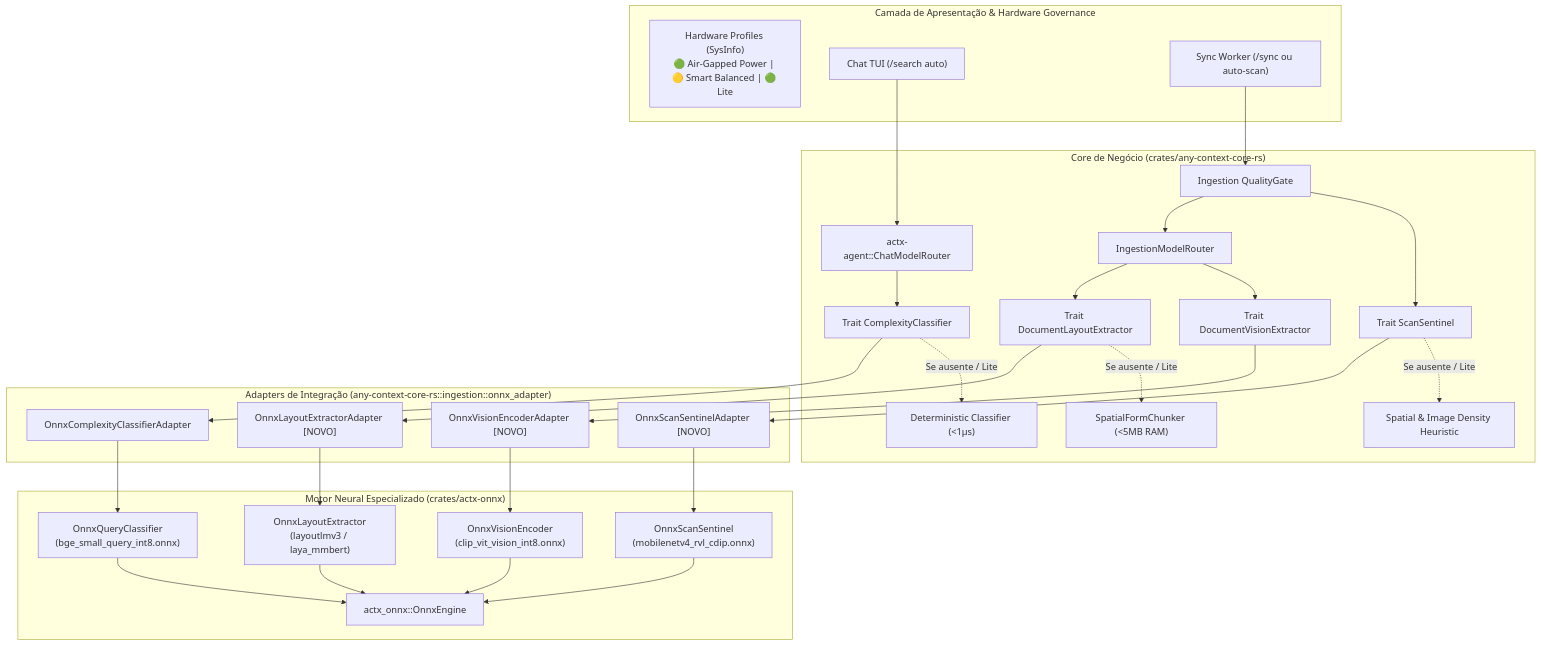
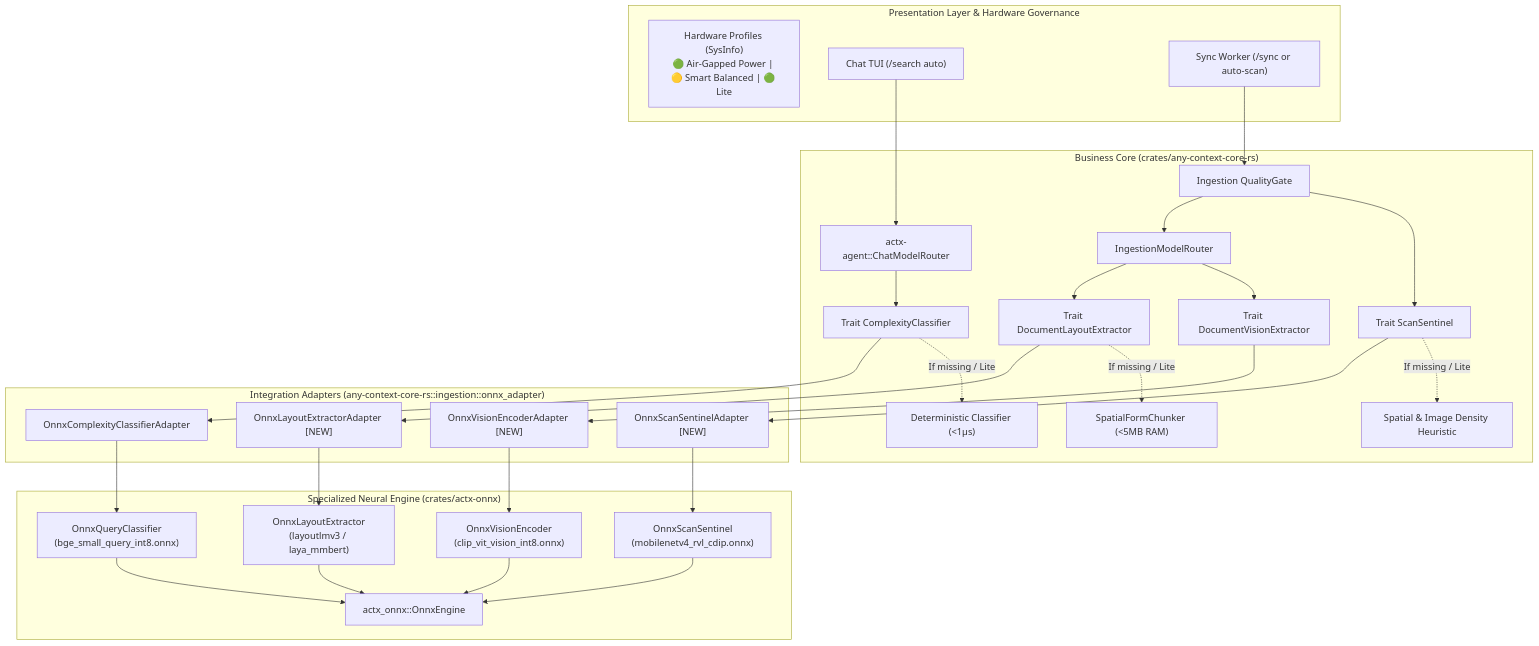
Before and after one commit to Levix-Digital/any-context: the diagram in docs/plans/anycontext_anycontext_v0380_ativacao_dos_modelos_onnx_nos_fluxos_de_producao_consolidacao_da_fase_3.md, drawn with Mermaid. The commit also changed other lines of this file, not shown here.

First line of the commit message:
docs(plans): translate the first v0.38.0 ONNX activation plan to English

````diff
--- a/docs/plans/anycontext_anycontext_v0380_ativacao_dos_modelos_onnx_nos_fluxos_de_producao_consolidacao_da_fase_3.md
+++ b/docs/plans/anycontext_anycontext_v0380_ativacao_dos_modelos_onnx_nos_fluxos_de_producao_consolidacao_da_fase_3.md
@@ -85,66 +85,66 @@
 ```mermaid
 graph TD
-    subgraph "Camada de Apresentação & Hardware Governance"
+    subgraph "Presentation Layer & Hardware Governance"
         PROFILES["Hardware Profiles (SysInfo)<br/>🟢 Air-Gapped Power | 🟡 Smart Balanced | 🟢 Lite"]
         CLI_CHAT["Chat TUI (/search auto)"]
-        SYNC_CMD["Sync Worker (/sync ou auto-scan)"]
+        SYNC_CMD["Sync Worker (/sync or auto-scan)"]
     end
 
-    subgraph "Core de Negócio (crates/any-context-core-rs)"
+    subgraph "Business Core (crates/any-context-core-rs)"
         CHAT_ROUTER["actx-agent::ChatModelRouter"]
         QUALITY_GATE["Ingestion QualityGate"]
         INGESTION_ROUTER["IngestionModelRouter"]
         
         TRAIT_COMPLEXITY["Trait ComplexityClassifier"]
         TRAIT_SENTINEL["Trait ScanSentinel"]
         TRAIT_LAYOUT["Trait DocumentLayoutExtractor"]
         TRAIT_VISION["Trait DocumentVisionExtractor"]
         
         FALLBACK_DET["Deterministic Classifier (<1µs)"]
         FALLBACK_HEURISTIC["Spatial & Image Density Heuristic"]
         FALLBACK_SPATIAL["SpatialFormChunker (<5MB RAM)"]
     end
 
-    subgraph "Adapters de Integração (any-context-core-rs::ingestion::onnx_adapter)"
+    subgraph "Integration Adapters (any-context-core-rs::ingestion::onnx_adapter)"
         ADAPTER_COMPLEXITY["OnnxComplexityClassifierAdapter"]
-        ADAPTER_SENTINEL["OnnxScanSentinelAdapter [NOVO]"]
-        ADAPTER_LAYOUT["OnnxLayoutExtractorAdapter [NOVO]"]
-        ADAPTER_VISION["OnnxVisionEncoderAdapter [NOVO]"]
+        ADAPTER_SENTINEL["OnnxScanSentinelAdapter [NEW]"]
+        ADAPTER_LAYOUT["OnnxLayoutExtractorAdapter [NEW]"]
+        ADAPTER_VISION["OnnxVisionEncoderAdapter [NEW]"]
     end
 
-    subgraph "Motor Neural Especializado (crates/actx-onnx)"
+    subgraph "Specialized Neural Engine (crates/actx-onnx)"
         ONNX_ENGINE["actx_onnx::OnnxEngine"]
         BGE_CLASSIFIER["OnnxQueryClassifier<br/>(bge_small_query_int8.onnx)"]
         MOBILE_SENTINEL["OnnxScanSentinel<br/>(mobilenetv4_rvl_cdip.onnx)"]
         LAYOUT_EXTRACTOR["OnnxLayoutExtractor<br/>(layoutlmv3 / laya_mmbert)"]
         VISION_ENCODER["OnnxVisionEncoder<br/>(clip_vit_vision_int8.onnx)"]
     end
 
     CLI_CHAT --> CHAT_ROUTER
     SYNC_CMD --> QUALITY_GATE
     QUALITY_GATE --> INGESTION_ROUTER
 
     CHAT_ROUTER --> TRAIT_COMPLEXITY
     QUALITY_GATE --> TRAIT_SENTINEL
     INGESTION_ROUTER --> TRAIT_LAYOUT
     INGESTION_ROUTER --> TRAIT_VISION
 
     TRAIT_COMPLEXITY --> ADAPTER_COMPLEXITY
     TRAIT_SENTINEL --> ADAPTER_SENTINEL
     TRAIT_LAYOUT --> ADAPTER_LAYOUT
     TRAIT_VISION --> ADAPTER_VISION
 
-    TRAIT_COMPLEXITY -.->|Se ausente / Lite| FALLBACK_DET
-    TRAIT_SENTINEL -.->|Se ausente / Lite| FALLBACK_HEURISTIC
-    TRAIT_LAYOUT -.->|Se ausente / Lite| FALLBACK_SPATIAL
+    TRAIT_COMPLEXITY -.->|If missing / Lite| FALLBACK_DET
+    TRAIT_SENTINEL -.->|If missing / Lite| FALLBACK_HEURISTIC
+    TRAIT_LAYOUT -.->|If missing / Lite| FALLBACK_SPATIAL
 
     ADAPTER_COMPLEXITY --> BGE_CLASSIFIER
     ADAPTER_SENTINEL --> MOBILE_SENTINEL
     ADAPTER_LAYOUT --> LAYOUT_EXTRACTOR
     ADAPTER_VISION --> VISION_ENCODER
 
     BGE_CLASSIFIER --> ONNX_ENGINE
     MOBILE_SENTINEL --> ONNX_ENGINE
     LAYOUT_EXTRACTOR --> ONNX_ENGINE
     VISION_ENCODER --> ONNX_ENGINE
 ```
````
